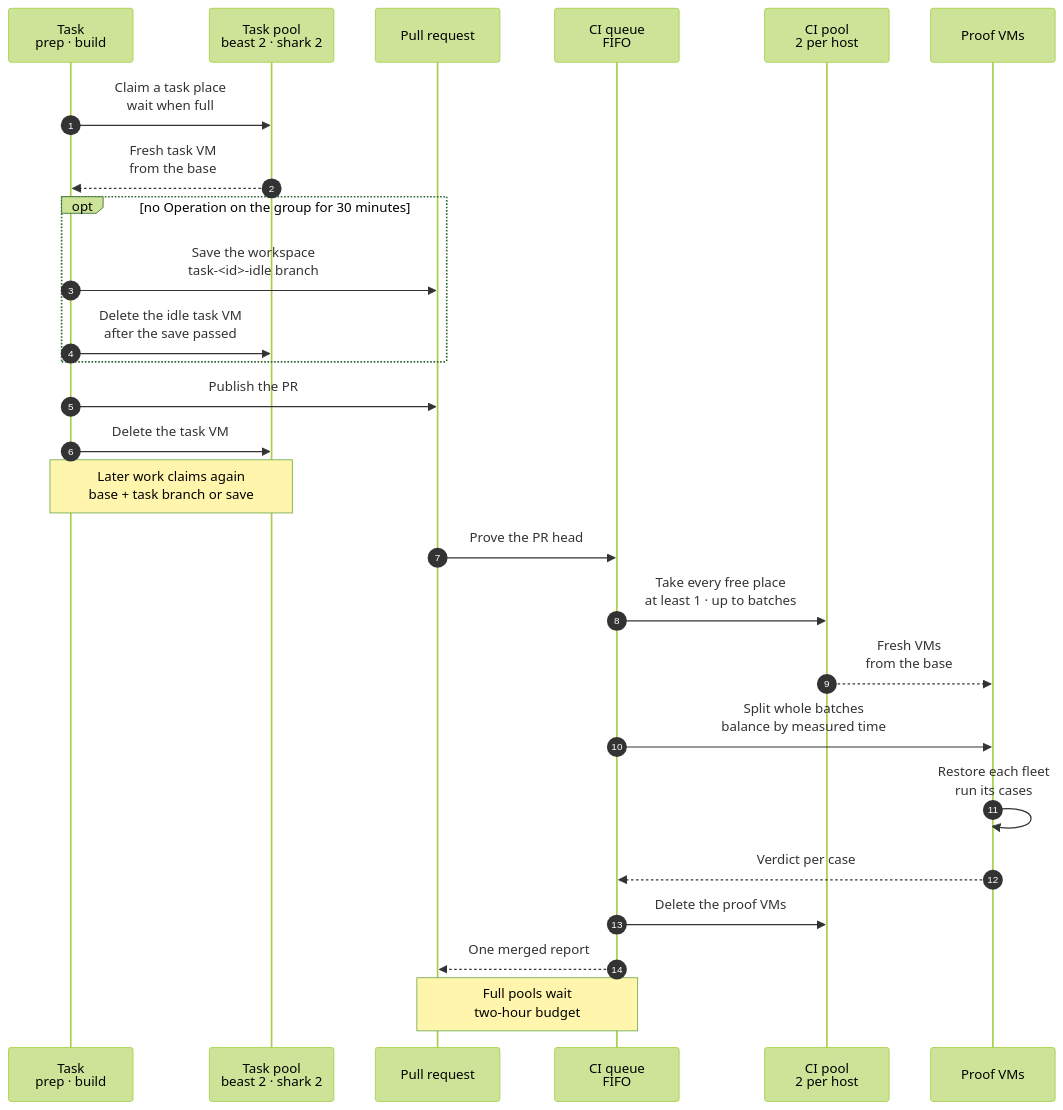
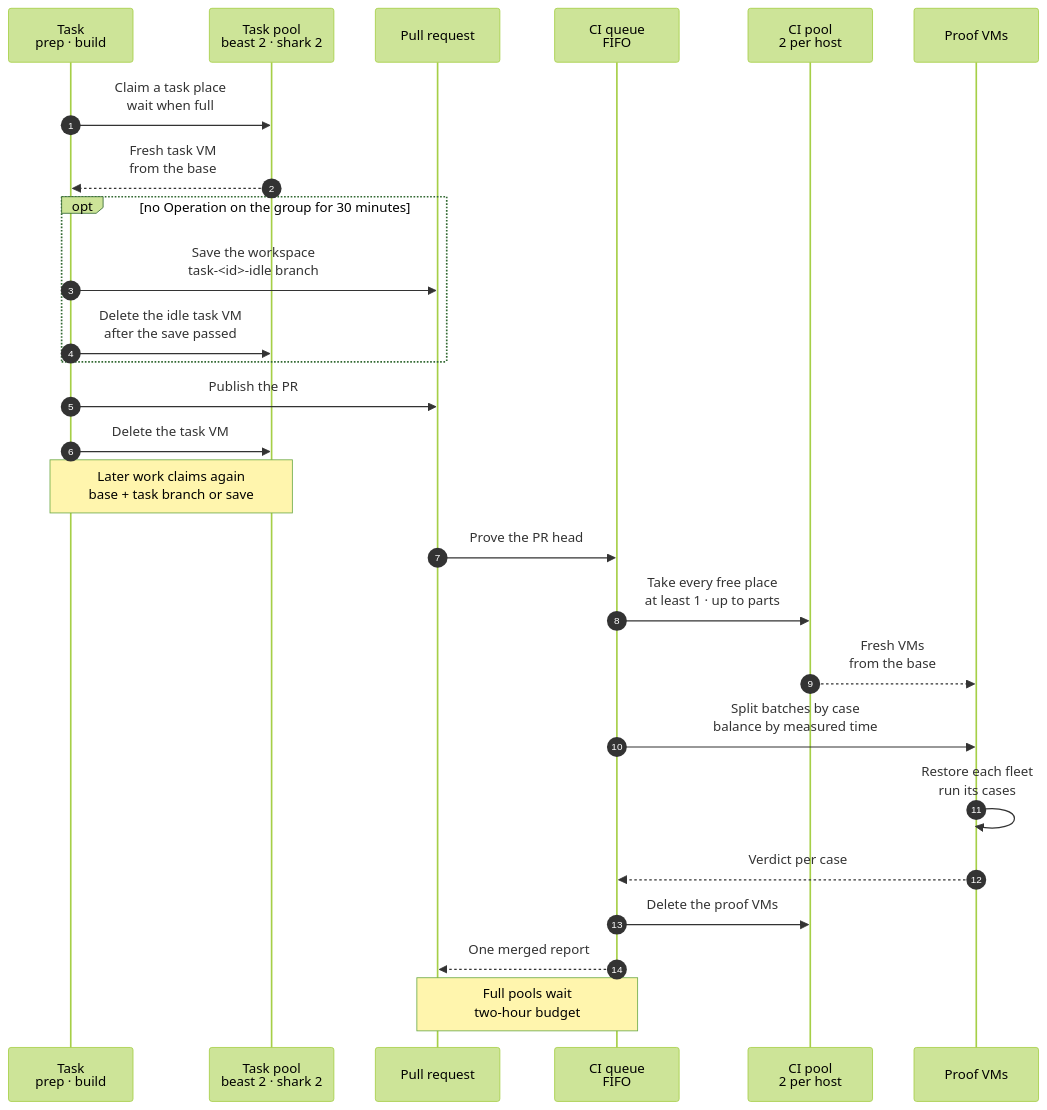
One commit to hardimpactdev/orbit changed the diagram in docs/reference/pipeline/capacity-model.mmd. Above: the diagram before and after it, drawn with Mermaid (forest theme). The commit also changed 8 other files, not shown here.

First line of the commit message:
docs: proof batches split by case; the refresh seeds a default-converged fleet

```diff
--- a/docs/reference/pipeline/capacity-model.mmd
+++ b/docs/reference/pipeline/capacity-model.mmd
@@ -1,28 +1,28 @@
 sequenceDiagram
   %% status: draft
   %% kind: pipeline.capacity
   autonumber
   participant T as Task<br/>prep · build
   participant TP as Task pool<br/>beast 2 · shark 2
   participant PR as Pull request
   participant Q as CI queue<br/>FIFO
   participant CP as CI pool<br/>2 per host
   participant VM as Proof VMs
   T->>TP: Claim a task place<br/>wait when full
   TP-->>T: Fresh task VM<br/>from the base
   opt no Operation on the group for 30 minutes
     T->>PR: Save the workspace<br/>task-<id>-idle branch
     T->>TP: Delete the idle task VM<br/>after the save passed
   end
   T->>PR: Publish the PR
   T->>TP: Delete the task VM
   Note over T,TP: Later work claims again<br/>base + task branch or save
   PR->>Q: Prove the PR head
-  Q->>CP: Take every free place<br/>at least 1 · up to batches
+  Q->>CP: Take every free place<br/>at least 1 · up to parts
   CP-->>VM: Fresh VMs<br/>from the base
-  Q->>VM: Split whole batches<br/>balance by measured time
+  Q->>VM: Split batches by case<br/>balance by measured time
   VM->>VM: Restore each fleet<br/>run its cases
   VM-->>Q: Verdict per case
   Q->>CP: Delete the proof VMs
   Q-->>PR: One merged report
   Note over Q,PR: Full pools wait<br/>two-hour budget
```
